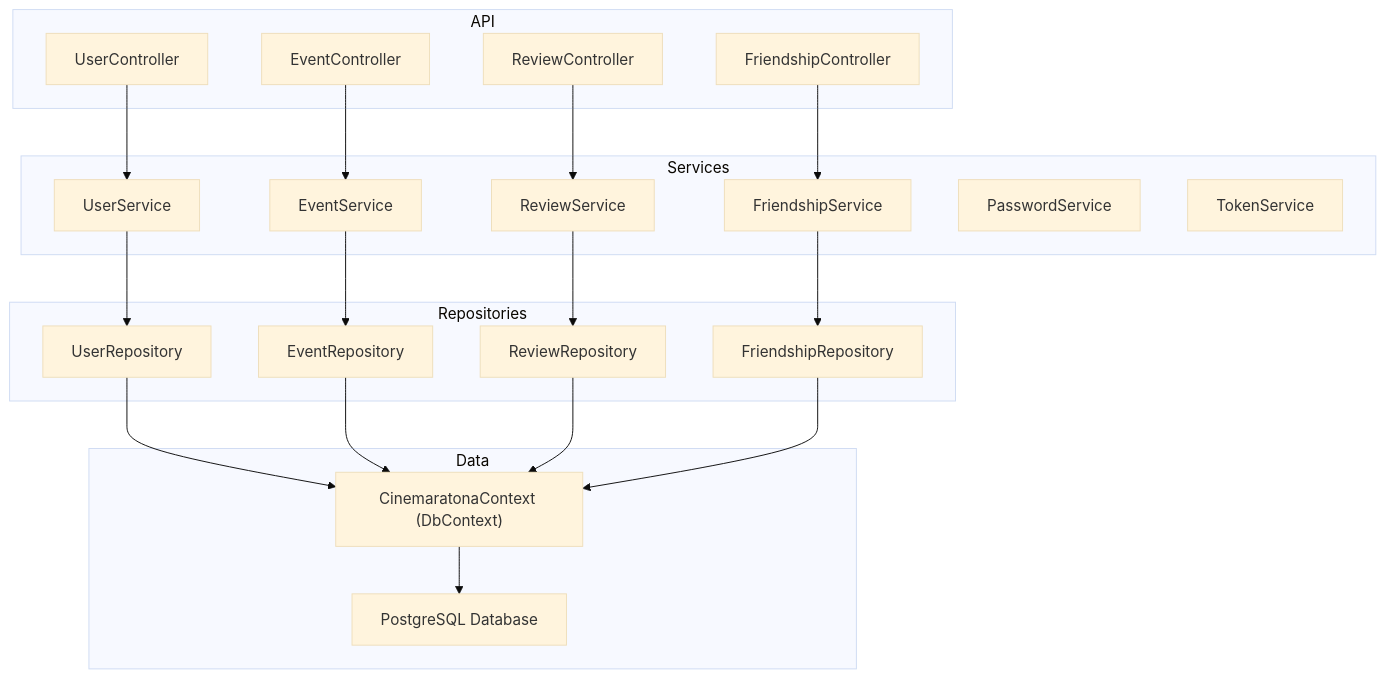
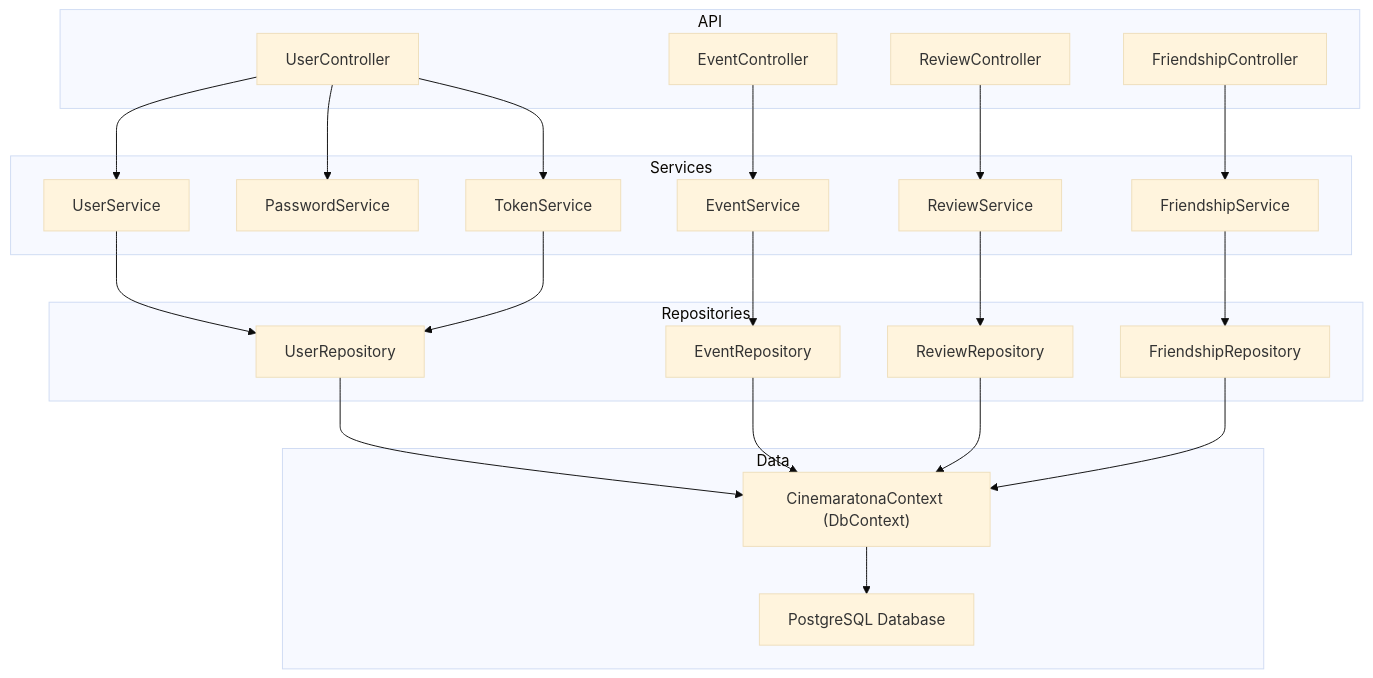
The diagram in README.md (Danielcmc100/cinemaratona-backend), drawn with Mermaid (base theme) before and after one commit.

Commit message:
feat: update architecture diagram to include UserController dependencies

````diff
--- a/README.md
+++ b/README.md
@@ -120,51 +120,54 @@
 ```mermaid
 graph TD
     subgraph API
         UserController["UserController"]
         EventController["EventController"]
         ReviewController["ReviewController"]
         FriendshipController["FriendshipController"]
     end
 
     subgraph Services
         UserService["UserService"]
         EventService["EventService"]
         ReviewService["ReviewService"]
         FriendshipService["FriendshipService"]
         PasswordService["PasswordService"]
         TokenService["TokenService"]
     end
 
     subgraph Repositories
         UserRepository["UserRepository"]
         EventRepository["EventRepository"]
         ReviewRepository["ReviewRepository"]
         FriendshipRepository["FriendshipRepository"]
     end
 
     subgraph Data
         CinemaratonaContext["CinemaratonaContext (DbContext)"]
         PostgreSQL["PostgreSQL Database"]
     end
 
     %% Controllers -> Services
     UserController --> UserService
     EventController --> EventService
     ReviewController --> ReviewService
     FriendshipController --> FriendshipService
+    UserController --> PasswordService
+    UserController --> TokenService
 
     %% Services -> Repositories
     UserService --> UserRepository
     EventService --> EventRepository
     ReviewService --> ReviewRepository
     FriendshipService --> FriendshipRepository
+    TokenService --> UserRepository
 
     %% Repositories -> DbContext
     UserRepository --> CinemaratonaContext
     EventRepository --> CinemaratonaContext
     ReviewRepository --> CinemaratonaContext
     FriendshipRepository --> CinemaratonaContext
 
     %% DbContext -> Database
     CinemaratonaContext --> PostgreSQL
 ```
````
